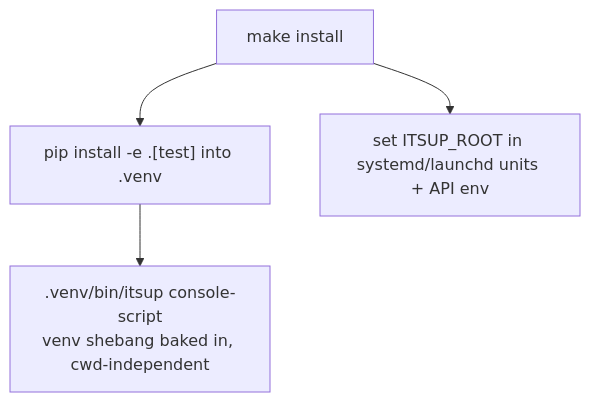
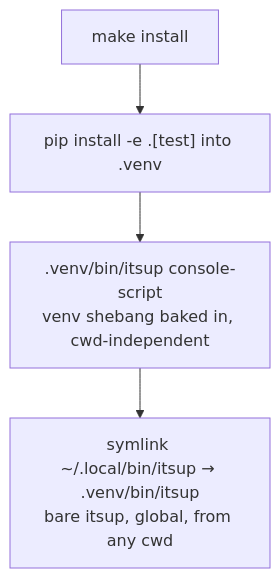
One commit to Morriz/itsUP changed the diagram in docs/project/design/itsup-cli.md. Above: the diagram before and after it, drawn with Mermaid. The commit also changed other lines of this file, not shown here.

First line of the commit message:
docs(itsup-cli): make distribution design global via user-PATH symlink

````diff
--- a/docs/project/design/itsup-cli.md
+++ b/docs/project/design/itsup-cli.md
@@ -76,6 +89,6 @@
 ```mermaid
 flowchart TD
     A[make install] --> B["pip install -e .[test] into .venv"]
     B --> C[.venv/bin/itsup console-script<br/>venv shebang baked in, cwd-independent]
-    A --> E[set ITSUP_ROOT in systemd/launchd units + API env]
+    C --> D["symlink ~/.local/bin/itsup → .venv/bin/itsup<br/>bare itsup, global, from any cwd"]
 ```
````
